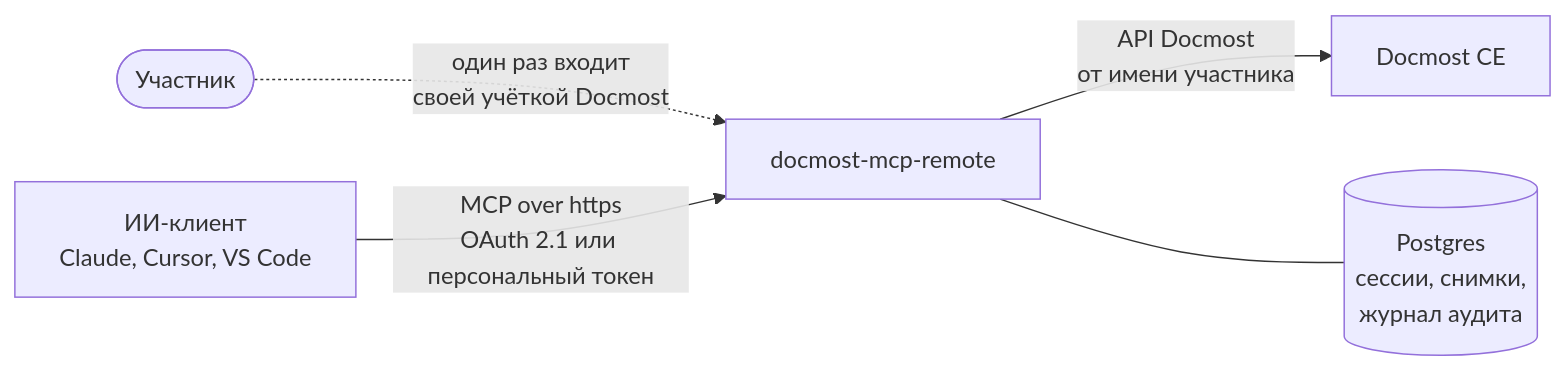
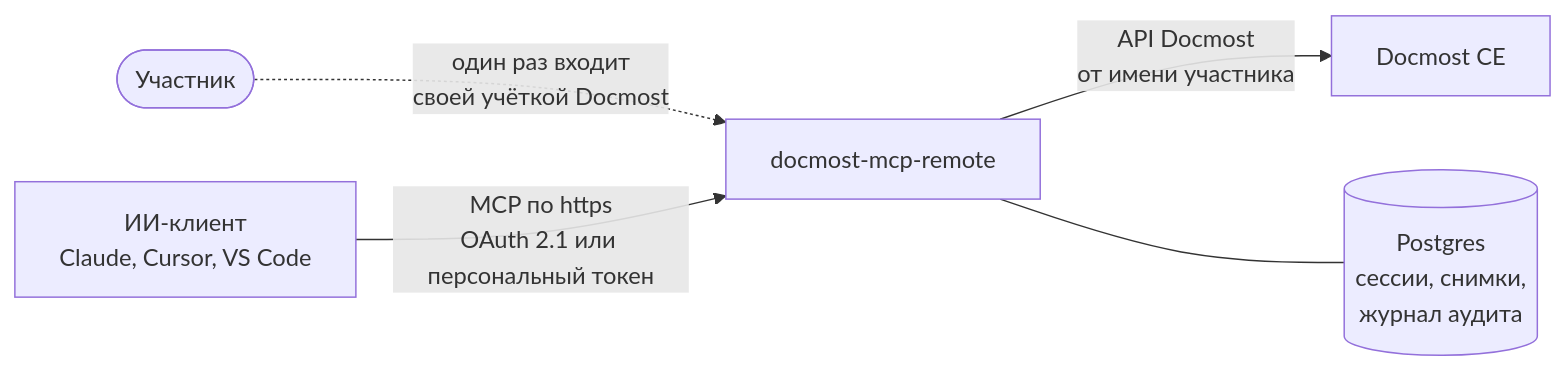
Before and after one commit to bbik52/docmost-mcp-remote: the diagram in README.ru.md, drawn with Mermaid. The commit also changed other lines of this file and 2 other files, not shown here.

````diff
--- a/README.ru.md
+++ b/README.ru.md
@@ -32,7 +33,7 @@
 ```mermaid
 flowchart LR
     member(["Участник"]) -. "один раз входит<br/>своей учёткой Docmost" .-> server
-    client["ИИ-клиент<br/>Claude, Cursor, VS Code"] -- "MCP over https<br/>OAuth 2.1 или персональный токен" --> server["docmost-mcp-remote"]
+    client["ИИ-клиент<br/>Claude, Cursor, VS Code"] -- "MCP по https<br/>OAuth 2.1 или персональный токен" --> server["docmost-mcp-remote"]
     server -- "API Docmost<br/>от имени участника" --> docmost["Docmost CE"]
     server --- db[("Postgres<br/>сессии, снимки,<br/>журнал аудита")]
 ```
````
